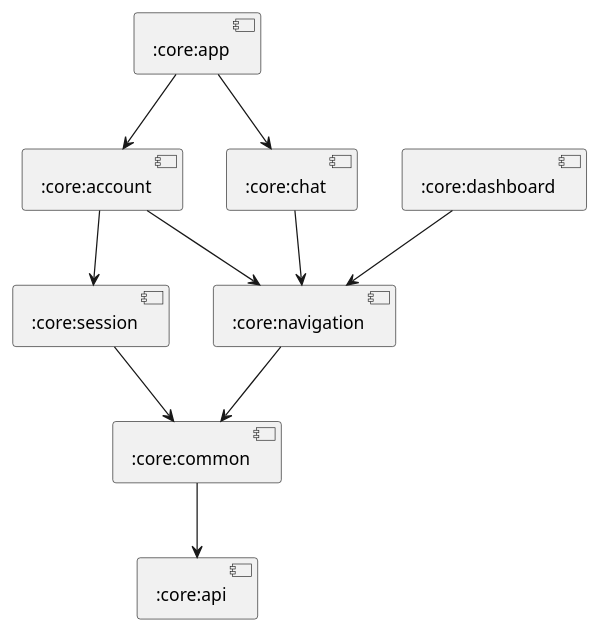
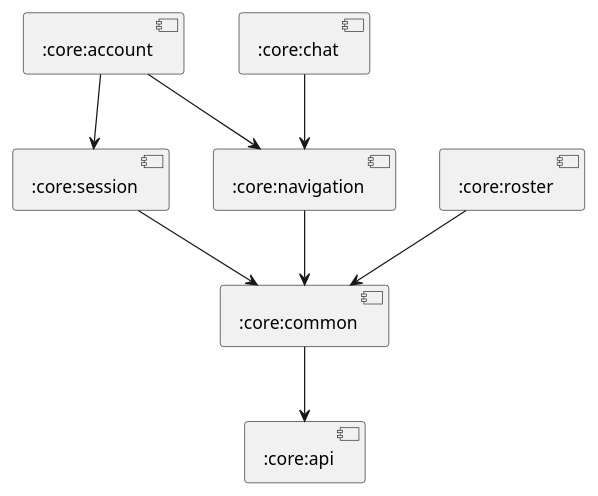
The diagram in core/components.puml (cryptopunkscc/crypton), drawn with PlantUML before and after one commit. The commit also changed 124 other files, not shown here.

```diff
--- a/core/components.puml
+++ b/core/components.puml
@@ -1,22 +1,19 @@
 @startuml
 
 [:core:api]
 [:core:common]
 [:core:session]
 [:core:account]
 [:core:chat]
 [:core:navigation]
-[:core:dashboard]
-[:core:app]
+[:core:roster]
 
 [:core:common] --> [:core:api]
 [:core:session] --> [:core:common]
 [:core:navigation] --> [:core:common]
-[:core:app] --> [:core:account]
-[:core:app] --> [:core:chat]
 [:core:account] --> [:core:navigation]
 [:core:account] --> [:core:session]
 [:core:chat] --> [:core:navigation]
-[:core:dashboard] --> [:core:navigation]
+[:core:roster] --> [:core:common]
 
 @enduml
```
